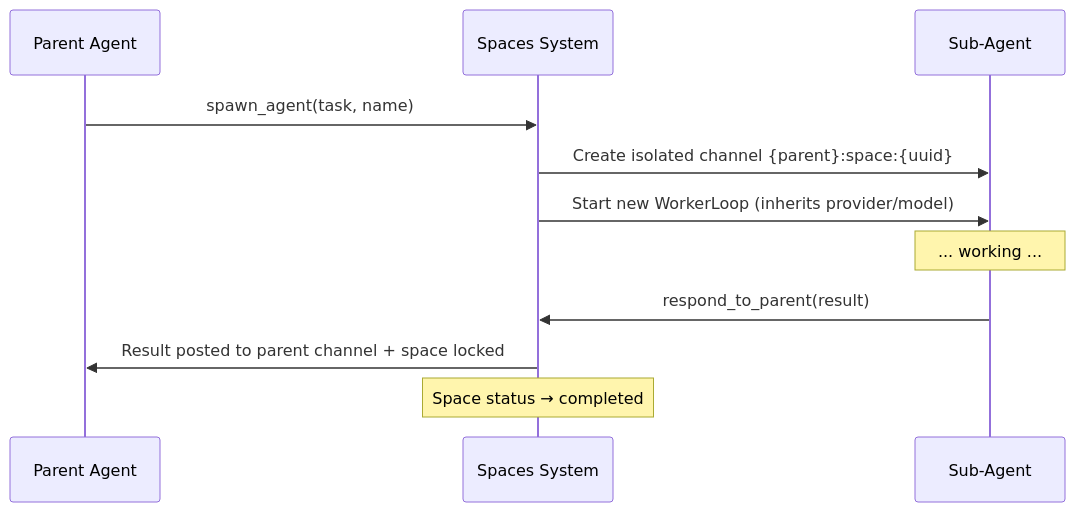
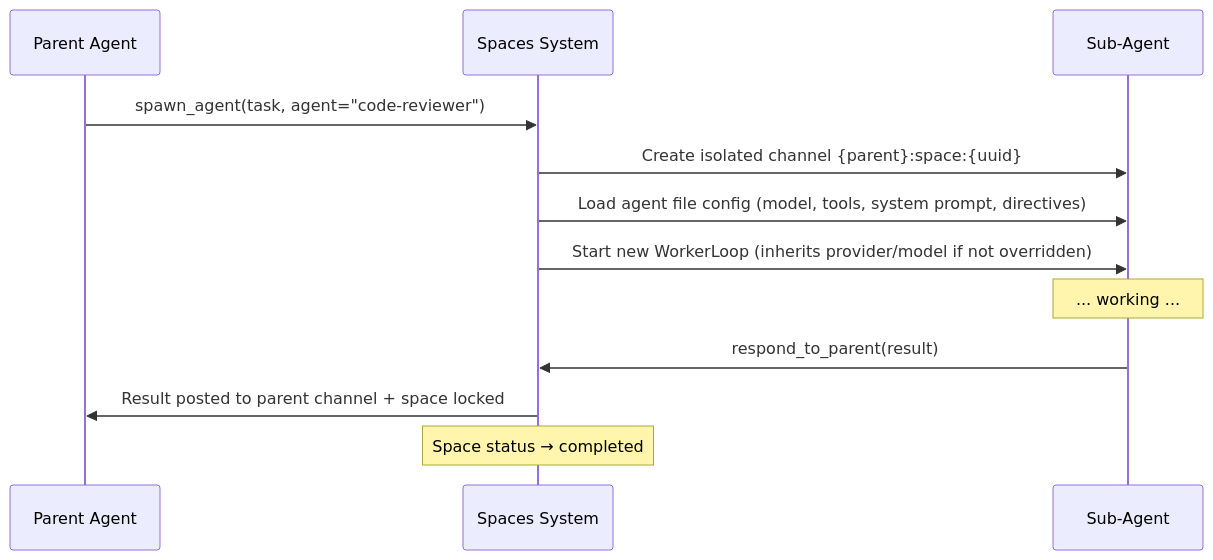
The sixth of 8 diagrams in docs/architecture.md (Tuanm/clawd), drawn with Mermaid before and after one commit. The commit also changed other lines of this file and 3 other files, not shown here.

````diff
--- a/docs/architecture.md
+++ b/docs/architecture.md
@@ -836,14 +836,15 @@
 ```mermaid
 sequenceDiagram
     participant PA as Parent Agent
     participant SS as Spaces System
     participant SA as Sub-Agent
 
-    PA->>SS: spawn_agent(task, name)
+    PA->>SS: spawn_agent(task, agent="code-reviewer")
     SS->>SA: Create isolated channel {parent}:space:{uuid}
-    SS->>SA: Start new WorkerLoop (inherits provider/model)
+    SS->>SA: Load agent file config (model, tools, system prompt, directives)
+    SS->>SA: Start new WorkerLoop (inherits provider/model if not overridden)
     Note over SA: ... working ...
     SA->>SS: respond_to_parent(result)
     SS->>PA: Result posted to parent channel + space locked
     Note over SS: Space status → completed
 ```
````
